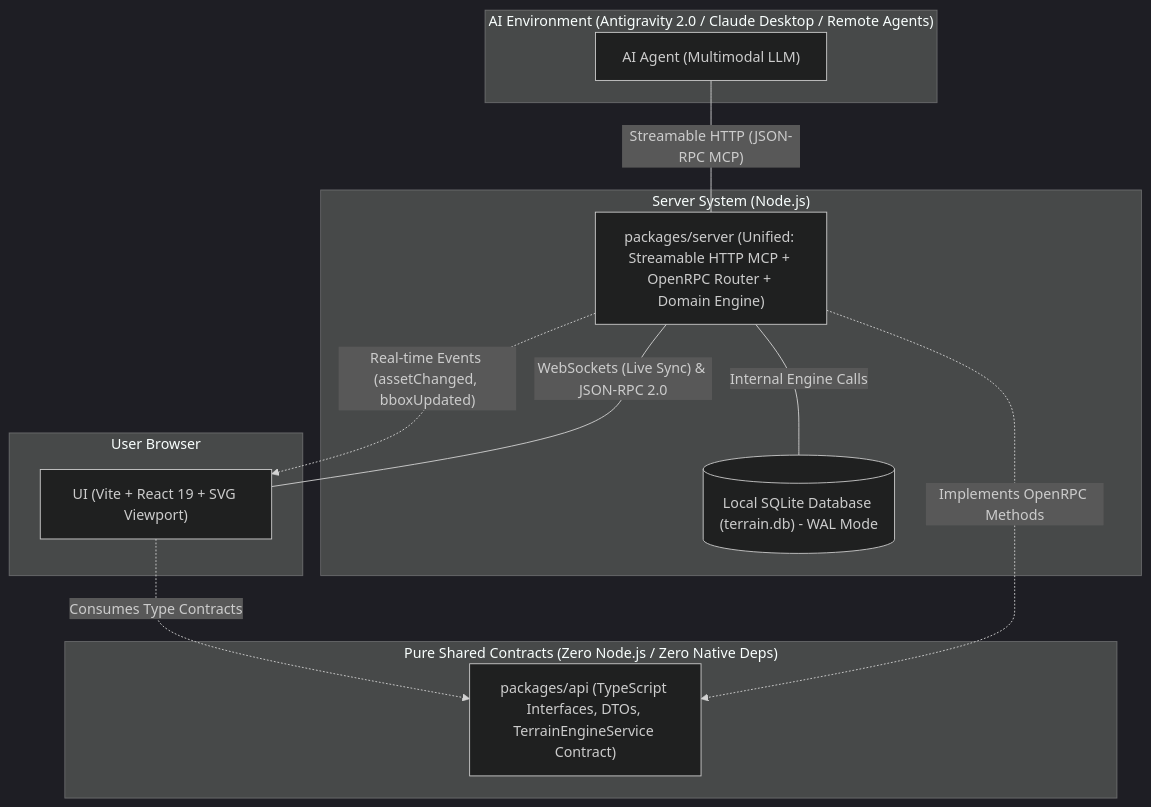
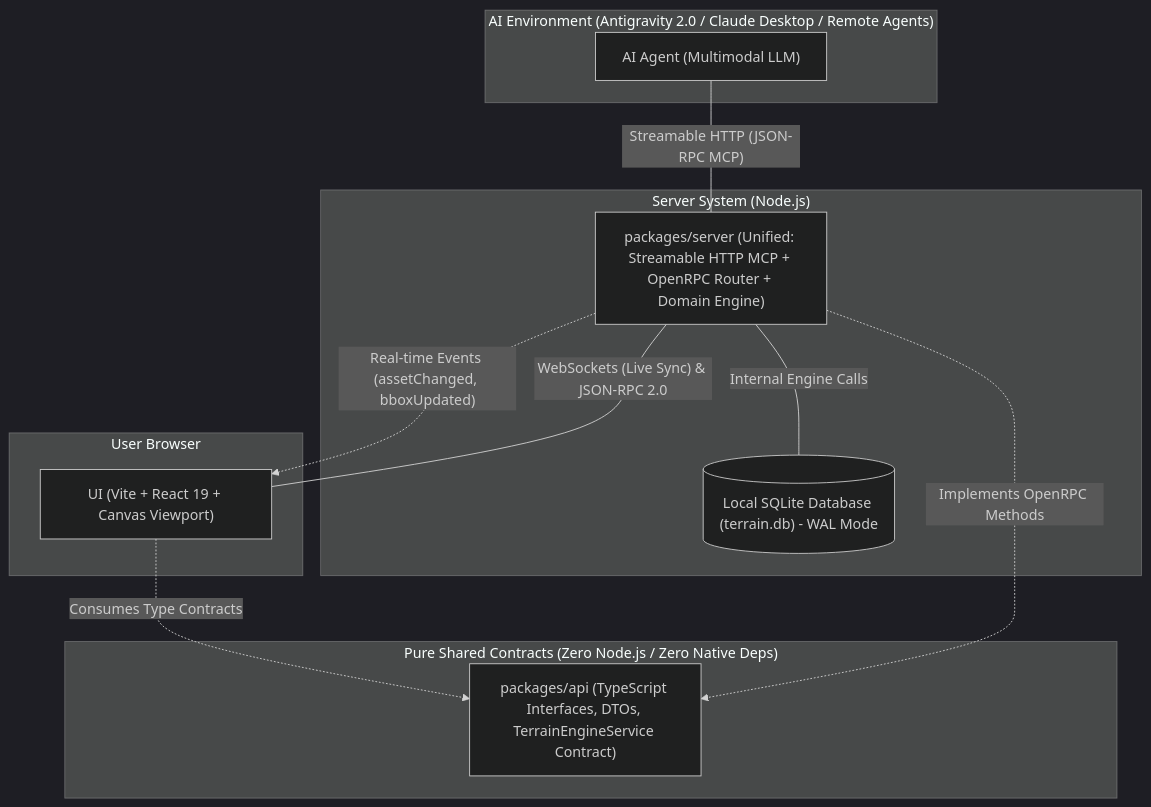
Before and after one commit to alexandremenif/brick-wargame-terrain-studio: the diagram in specs/architecture/index.md, drawn with Mermaid (dark theme). The commit also changed other lines of this file and 20 other files, not shown here.

Commit message:
docs(specs): transition viewport to HTML5 2D canvas and drop export feature

````diff
--- a/specs/architecture/index.md
+++ b/specs/architecture/index.md
@@ -9,27 +9,27 @@
 ```mermaid
 flowchart TD
   subgraph AIEnv["AI Environment (Antigravity 2.0 / Claude Desktop / Remote Agents)"]
     Agent["AI Agent (Multimodal LLM)"]
   end
 
   subgraph UserEnv["User Browser"]
-    WebApp["UI (Vite + React 19 + SVG Viewport)"]
+    WebApp["UI (Vite + React 19 + Canvas Viewport)"]
   end
 
   subgraph SharedContracts["Pure Shared Contracts (Zero Node.js / Zero Native Deps)"]
     Api["packages/api (TypeScript Interfaces, DTOs, TerrainEngineService Contract)"]
   end
 
   subgraph HostSystem["Server System (Node.js)"]
     Server["packages/server (Unified: Streamable HTTP MCP + OpenRPC Router + Domain Engine)"]
     SQLite[("Local SQLite Database (terrain.db) - WAL Mode")]
   end
 
   Agent ---|"Streamable HTTP (JSON-RPC MCP)"| Server
   WebApp ---|"WebSockets (Live Sync) & JSON-RPC 2.0"| Server
   WebApp -.->|"Consumes Type Contracts"| Api
   Server -.->|"Implements OpenRPC Methods"| Api
 
   Server ---|"Internal Engine Calls"| SQLite
   Server -.->|"Real-time Events (assetChanged, bboxUpdated)"| WebApp
 ```
````
